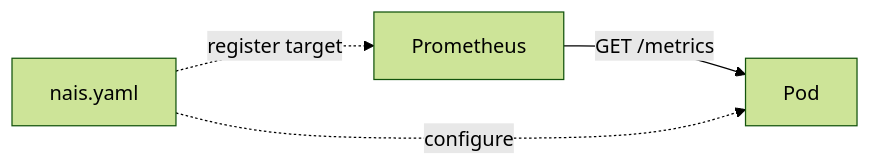
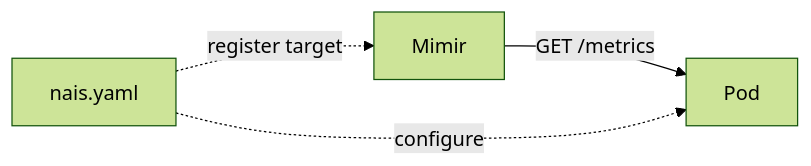
Before and after one commit to nais/doc: the diagram in docs/observability/metrics/README.md, drawn with Mermaid (forest theme). The commit also changed other lines of this file and 5 other files, not shown here.

````diff
--- a/docs/observability/metrics/README.md
+++ b/docs/observability/metrics/README.md
@@ -20,6 +16,6 @@
 ```mermaid
 graph LR
-  Prometheus --GET /metrics--> Pod
-  nais.yaml -.register target.-> Prometheus
+  Mimir --GET /metrics--> Pod
+  nais.yaml -.register target.-> Mimir
   nais.yaml -.configure.-> Pod
 ```
````
